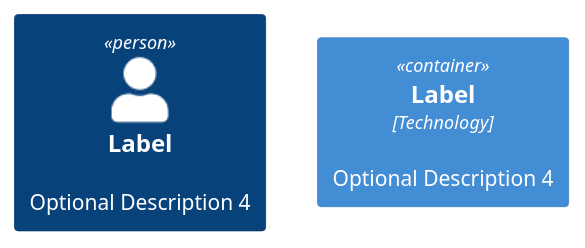
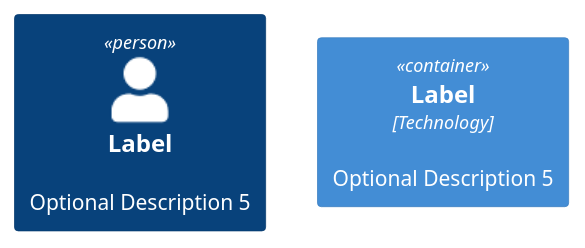
One commit to budgiedownunder/maze changed the diagram in diagrams/maze.puml. Above: the diagram before and after it, drawn with PlantUML. The commit also changed 1 other file, not shown here.

Commit message:
Alias test

```diff
--- a/diagrams/maze.puml
+++ b/diagrams/maze.puml
@@ -1,7 +1,7 @@
 @startuml
 
 !include https://raw.githubusercontent.com/plantuml-stdlib/C4-PlantUML/master/C4_Container.puml
 
-Person(personAlias, "Label", "Optional Description 4")
-Container(containerAlias, "Label", "Technology", "Optional Description 4")
+Person(personAlias, "Label", "Optional Description 5")
+Container(containerAlias, "Label", "Technology", "Optional Description 5")
 @enduml
```
